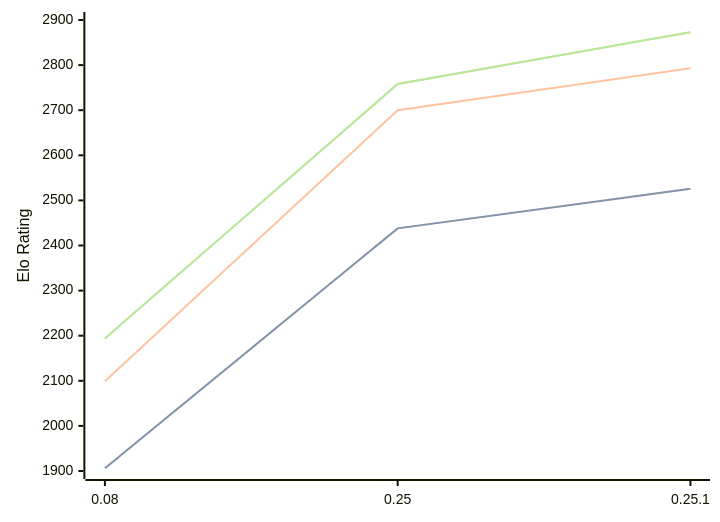
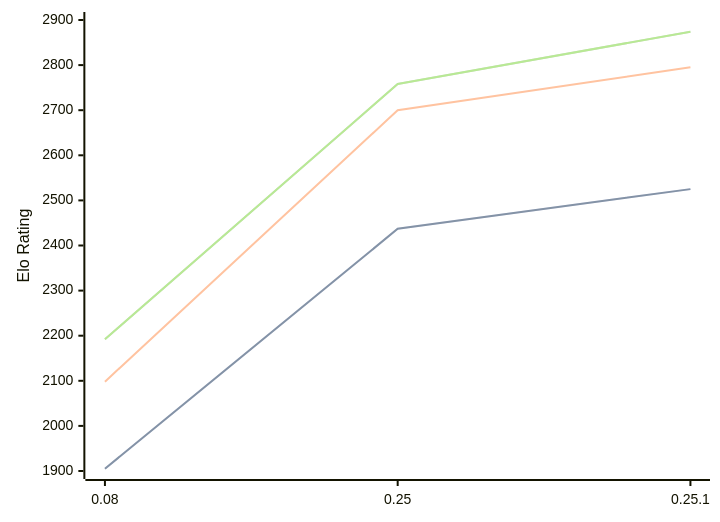
The diagram in engines/Gecko.md (computer-chess-index/cci), drawn with Mermaid before and after one commit. The commit also changed other lines of this file, not shown here.

Commit message:
Update CCI Ratings (ELO VLTC) - 2026-04-27

````diff
--- a/engines/Gecko.md
+++ b/engines/Gecko.md
@@ -33,11 +33,11 @@
 ```mermaid
 %%{init: {"theme":"base","themeVariables":{"seriesColors:['#a3a3a3','#222221','#faa371']}}}%%
 xychart-beta
   x-axis ["0.08", "0.25", "0.25.1"]
   y-axis "Elo Rating" 1900 --> 2900
-  line "STC (8.0+0.08s)" [1906, 2438, 2526]
-  line "STC (8.0+0.08s)" [1906, 2438, 2526]
-  line "LTC (60.0+0.60s)" [2099, 2700, 2793]
-  line "VLTC (2m24s+1.12s)" [2194, 2758, 2873]
-  line "VLTC (2m24s+1.12s)" [2194, 2758, 2873]
+  line "STC (8.0+0.08s)" [1905, 2437, 2525]
+  line "STC (8.0+0.08s)" [1905, 2437, 2525]
+  line "LTC (60.0+0.60s)" [2098, 2700, 2795]
+  line "VLTC (2m24s+1.12s)" [2192, 2758, 2874]
+  line "VLTC (2m24s+1.12s)" [2192, 2758, 2874]
 ```
````
